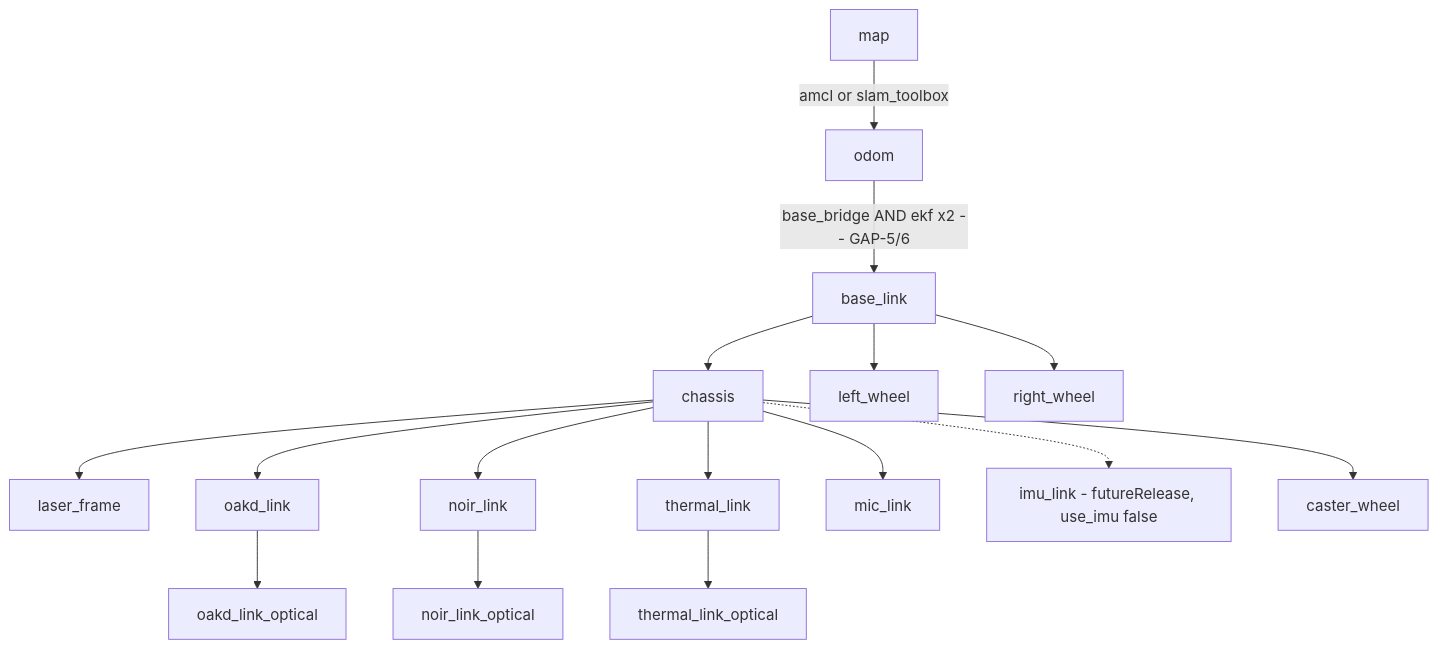
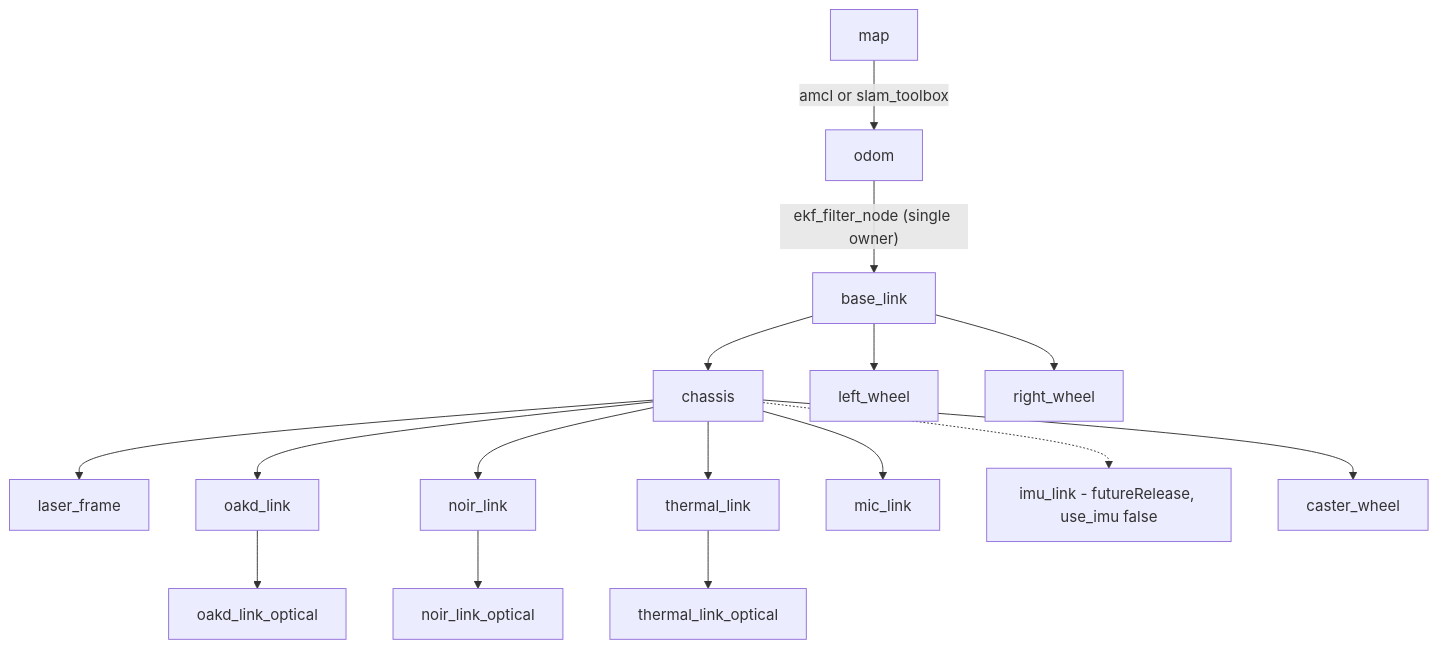
Before and after one commit to sean-mackenzie/billie-bot-claude: the fifth of 14 diagrams in docs/md/MBSE_SYSTEM_DECOMPOSITION.md, drawn with Mermaid. The commit also changed other lines of this file and 7 other files, not shown here.

````diff
--- a/docs/md/MBSE_SYSTEM_DECOMPOSITION.md
+++ b/docs/md/MBSE_SYSTEM_DECOMPOSITION.md
@@ -648,15 +648,15 @@
 ```mermaid
 flowchart TD
     MAP["map"] -- "amcl or slam_toolbox" --> ODOM["odom"]
-    ODOM -- "base_bridge AND ekf x2 -- GAP-5/6" --> BL["base_link"]
+    ODOM -- "ekf_filter_node (single owner)" --> BL["base_link"]
     BL --> CH["chassis"]
     BL --> LW["left_wheel"]
     BL --> RW["right_wheel"]
     CH --> LF["laser_frame"]
     CH --> OL["oakd_link"] --> OLO["oakd_link_optical"]
     CH --> NL["noir_link"] --> NLO["noir_link_optical"]
     CH --> TL["thermal_link"] --> TLO["thermal_link_optical"]
     CH --> ML["mic_link"]
     CH -.-> IL["imu_link - futureRelease, use_imu false"]
     CH --> CW["caster_wheel"]
 ```
````
